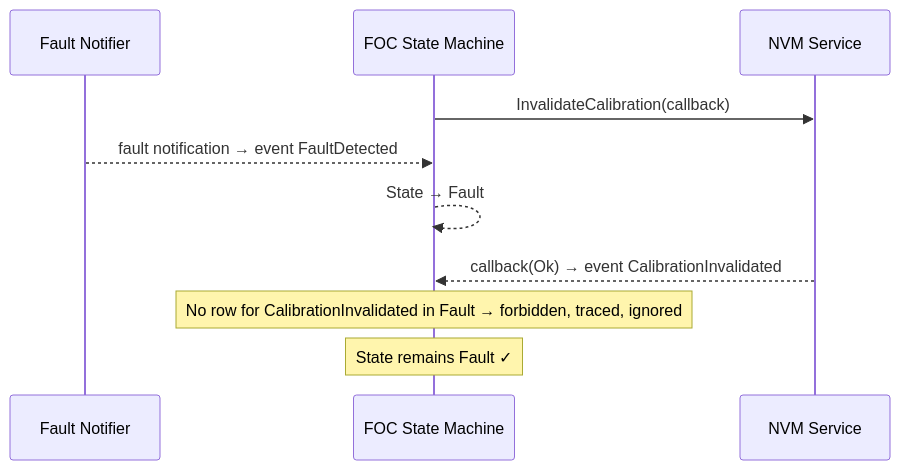
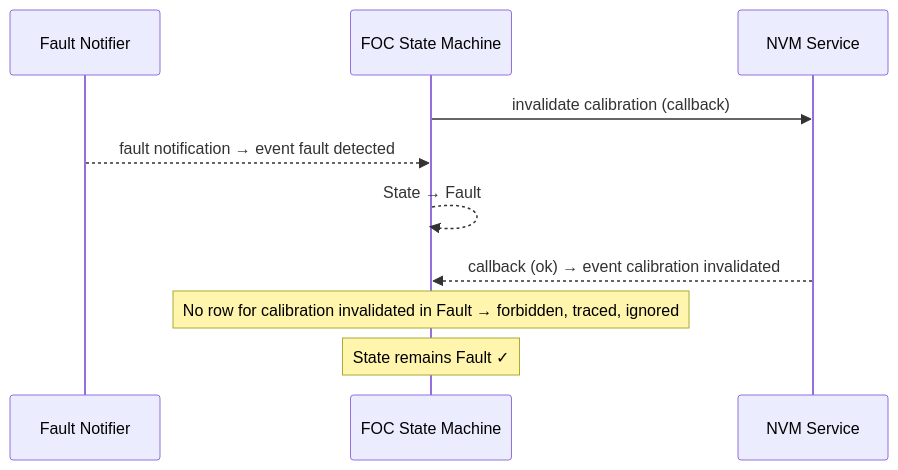
The seventh of 13 diagrams in documentation/design/state-machine.md (embedded-pro/e-foc), drawn with Mermaid before and after one commit. The commit also changed other lines of this file and 37 other files, not shown here.

````diff
--- a/documentation/design/state-machine.md
+++ b/documentation/design/state-machine.md
@@ -844,14 +899,14 @@
 ```mermaid
 sequenceDiagram
     participant HW as Fault Notifier
     participant SM as FOC State Machine
     participant NVM as NVM Service
 
-    SM->>NVM: InvalidateCalibration(callback)
-    HW-->>SM: fault notification → event FaultDetected
+    SM->>NVM: invalidate calibration (callback)
+    HW-->>SM: fault notification → event fault detected
     SM-->>SM: State → Fault
 
-    NVM-->>SM: callback(Ok) → event CalibrationInvalidated
-    note over SM: No row for CalibrationInvalidated in Fault → forbidden, traced, ignored
+    NVM-->>SM: callback (ok) → event calibration invalidated
+    note over SM: No row for calibration invalidated in Fault → forbidden, traced, ignored
     note over SM: State remains Fault ✓
 ```
````
